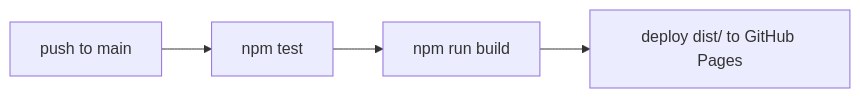
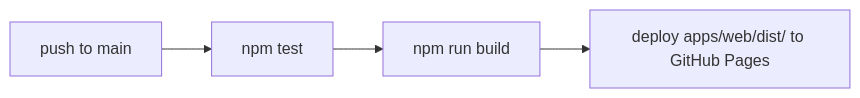
Before and after one commit to antwika/solid-memo: the diagram in docs/deployment.md, drawn with Mermaid. The commit also changed other lines of this file and 631 other files, not shown here.

````diff
--- a/docs/deployment.md
+++ b/docs/deployment.md
@@ -11,4 +11,4 @@
 ```mermaid
 flowchart LR
-    push["push to main"] --> test["npm test"] --> build["npm run build"] --> pages["deploy dist/ to GitHub Pages"]
+    push["push to main"] --> test["npm test"] --> build["npm run build"] --> pages["deploy apps/web/dist/ to GitHub Pages"]
 ```
````
